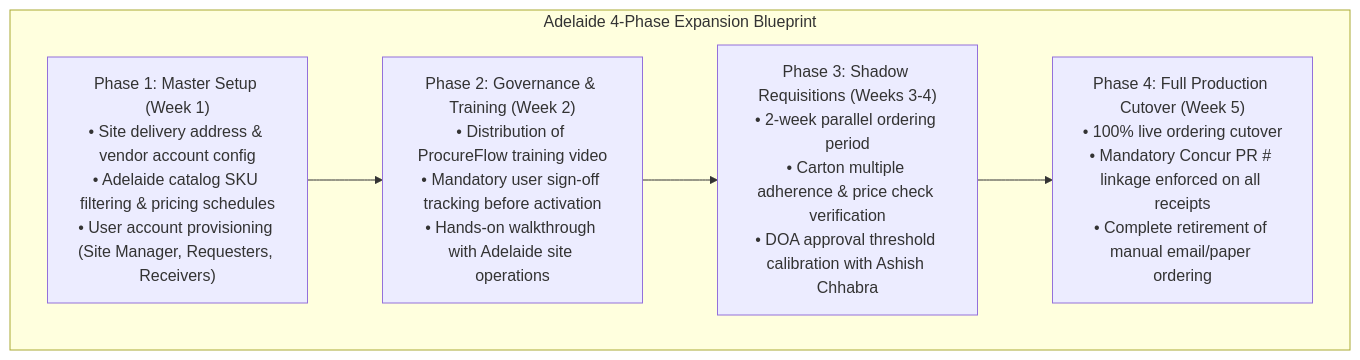
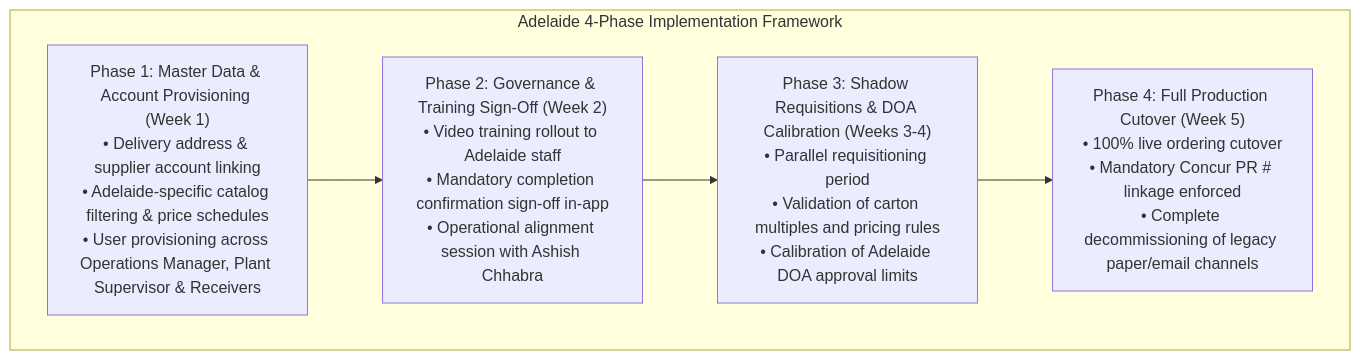
One commit to SPLGit-Project/ProcureFlow-App changed the seventh of 7 diagrams in docs/PROCUREFLOW_DEVELOPMENT_ACTION_PLAN.md. Above: the diagram before and after it, drawn with Mermaid. The commit also changed other lines of this file and 1 other file, not shown here.

Commit message:
docs: elevate action plan & presentation to v4.0 with Three-Horizon model, training in forward pipeline, and Short Supply logic migration

````diff
--- a/docs/PROCUREFLOW_DEVELOPMENT_ACTION_PLAN.md
+++ b/docs/PROCUREFLOW_DEVELOPMENT_ACTION_PLAN.md
@@ -354,11 +350,11 @@
 ```mermaid
 flowchart TD
-    subgraph AdelaideRollout ["Adelaide 4-Phase Expansion Blueprint"]
-        PH1["Phase 1: Master Setup (Week 1)<br/>• Site delivery address & vendor account config<br/>• Adelaide catalog SKU filtering & pricing schedules<br/>• User account provisioning (Site Manager, Requesters, Receivers)"]
-        PH2["Phase 2: Governance & Training (Week 2)<br/>• Distribution of ProcureFlow training video<br/>• Mandatory user sign-off tracking before activation<br/>• Hands-on walkthrough with Adelaide site operations"]
-        PH3["Phase 3: Shadow Requisitions (Weeks 3-4)<br/>• 2-week parallel ordering period<br/>• Carton multiple adherence & price check verification<br/>• DOA approval threshold calibration with Ashish Chhabra"]
-        PH4["Phase 4: Full Production Cutover (Week 5)<br/>• 100% live ordering cutover<br/>• Mandatory Concur PR # linkage enforced on all receipts<br/>• Complete retirement of manual email/paper ordering"]
+    subgraph AdelaideModel ["Adelaide 4-Phase Implementation Framework"]
+        P1["Phase 1: Master Data & Account Provisioning (Week 1)<br/>• Delivery address & supplier account linking<br/>• Adelaide-specific catalog filtering & price schedules<br/>• User provisioning across Operations Manager, Plant Supervisor & Receivers"]
+        P2["Phase 2: Governance & Training Sign-Off (Week 2)<br/>• Video training rollout to Adelaide staff<br/>• Mandatory completion confirmation sign-off in-app<br/>• Operational alignment session with Ashish Chhabra"]
+        P3["Phase 3: Shadow Requisitions & DOA Calibration (Weeks 3-4)<br/>• Parallel requisitioning period<br/>• Validation of carton multiples and pricing rules<br/>• Calibration of Adelaide DOA approval limits"]
+        P4["Phase 4: Full Production Cutover (Week 5)<br/>• 100% live ordering cutover<br/>• Mandatory Concur PR # linkage enforced<br/>• Complete decommissioning of legacy paper/email channels"]
     end
 
-    PH1 --> PH2 --> PH3 --> PH4
+    P1 --> P2 --> P3 --> P4
 ```
````
